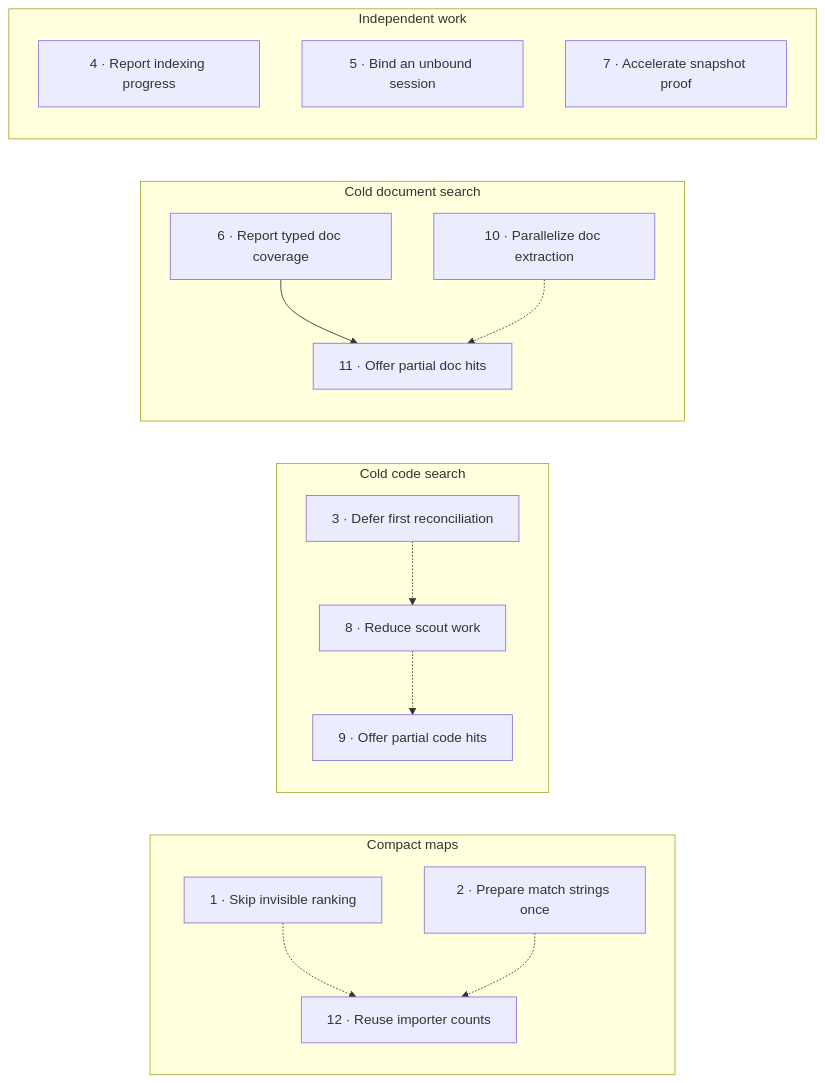
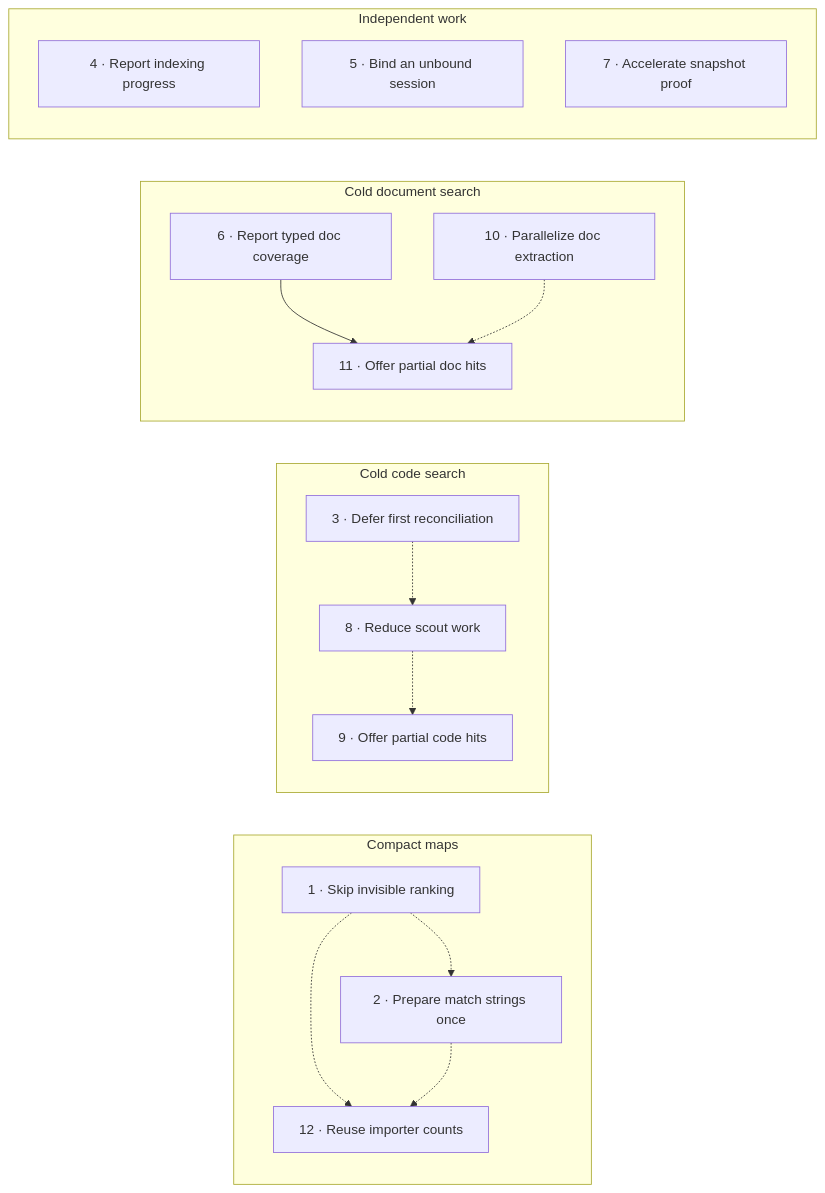
The diagram in docs/research/2026-11-24-index-speed/LEDGER.md (special-place-ai-heaven/symforge), drawn with Mermaid before and after one commit. The commit also changed other lines of this file and 1 other file, not shown here.

````diff
--- a/docs/research/2026-11-24-index-speed/LEDGER.md
+++ b/docs/research/2026-11-24-index-speed/LEDGER.md
@@ -9,20 +9,21 @@
 ```mermaid
 flowchart LR
     subgraph Map["Compact maps"]
         F1["1 · Skip invisible ranking"] -.-> F12["12 · Reuse importer counts"]
         F2["2 · Prepare match strings once"] -.-> F12
+        F1 -.-> F2
     end
     subgraph Code["Cold code search"]
         F3["3 · Defer first reconciliation"] -.-> F8["8 · Reduce scout work"]
         F8 -.-> F9["9 · Offer partial code hits"]
     end
     subgraph Docs["Cold document search"]
         F6["6 · Report typed doc coverage"] --> F11["11 · Offer partial doc hits"]
         F10["10 · Parallelize doc extraction"] -.-> F11
     end
     subgraph Independent["Independent work"]
         F4["4 · Report indexing progress"]
         F5["5 · Bind an unbound session"]
         F7["7 · Accelerate snapshot proof"]
     end
 ```
````
